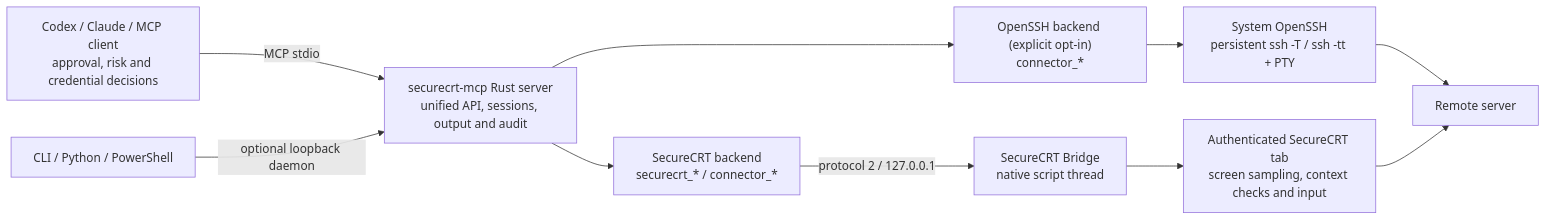
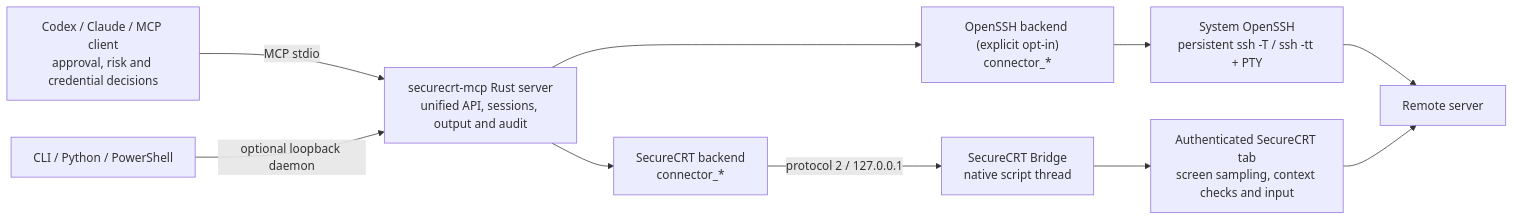
Before and after one commit to seaworld008/securecrt-mcp: the diagram in README.en.md, drawn with Mermaid. The commit also changed other lines of this file and 30 other files, not shown here.

````diff
--- a/README.en.md
+++ b/README.en.md
@@ -30,12 +30,12 @@
 ```mermaid
 flowchart LR
     A["Codex / Claude / MCP client<br/>approval, risk and credential decisions"] -->|MCP stdio| B["securecrt-mcp Rust server<br/>unified API, sessions, output and audit"]
-    B --> C["SecureCRT backend<br/>securecrt_* / connector_*"]
+    B --> C["SecureCRT backend<br/>connector_*"]
     C -->|protocol 2 / 127.0.0.1| D["SecureCRT Bridge<br/>native script thread"]
     D --> E["Authenticated SecureCRT tab<br/>screen sampling, context checks and input"]
     B --> F["OpenSSH backend (explicit opt-in)<br/>connector_*"]
     F --> G["System OpenSSH<br/>persistent ssh -T / ssh -tt + PTY"]
     G --> H["Remote server"]
     E --> H
     I["CLI / Python / PowerShell"] -->|optional loopback daemon| B
 ```
````
